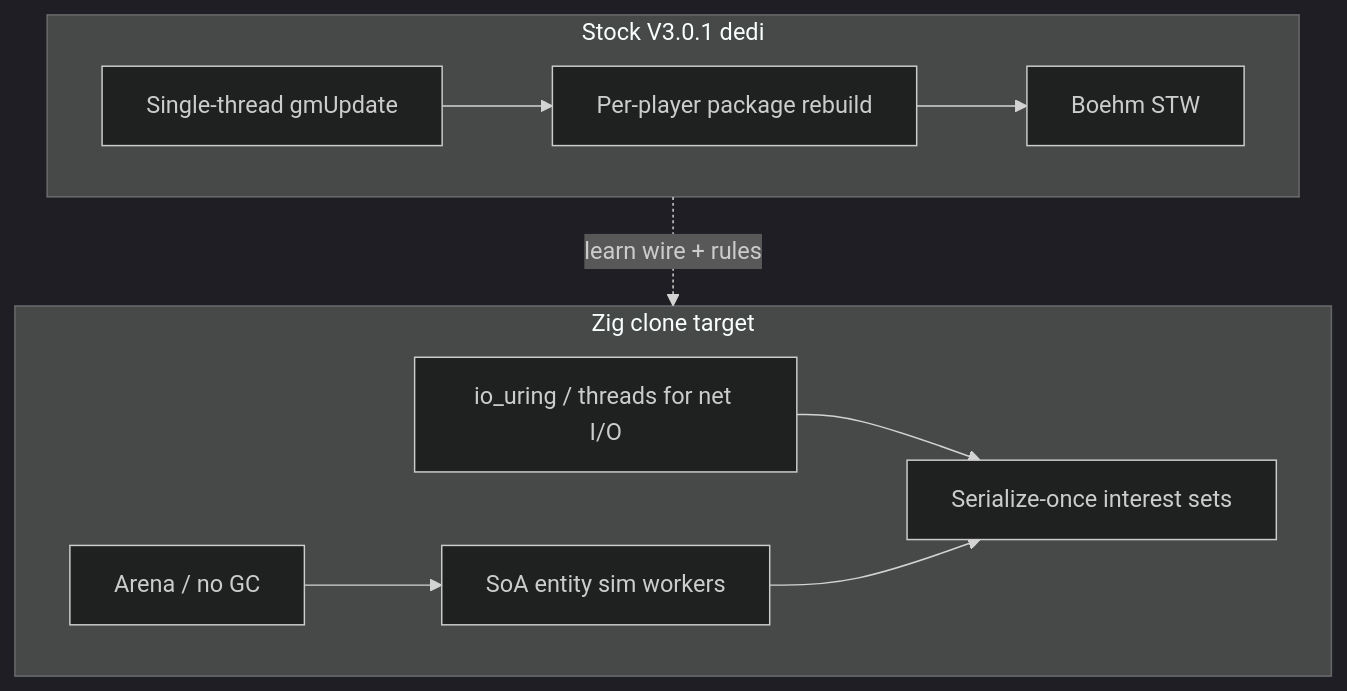
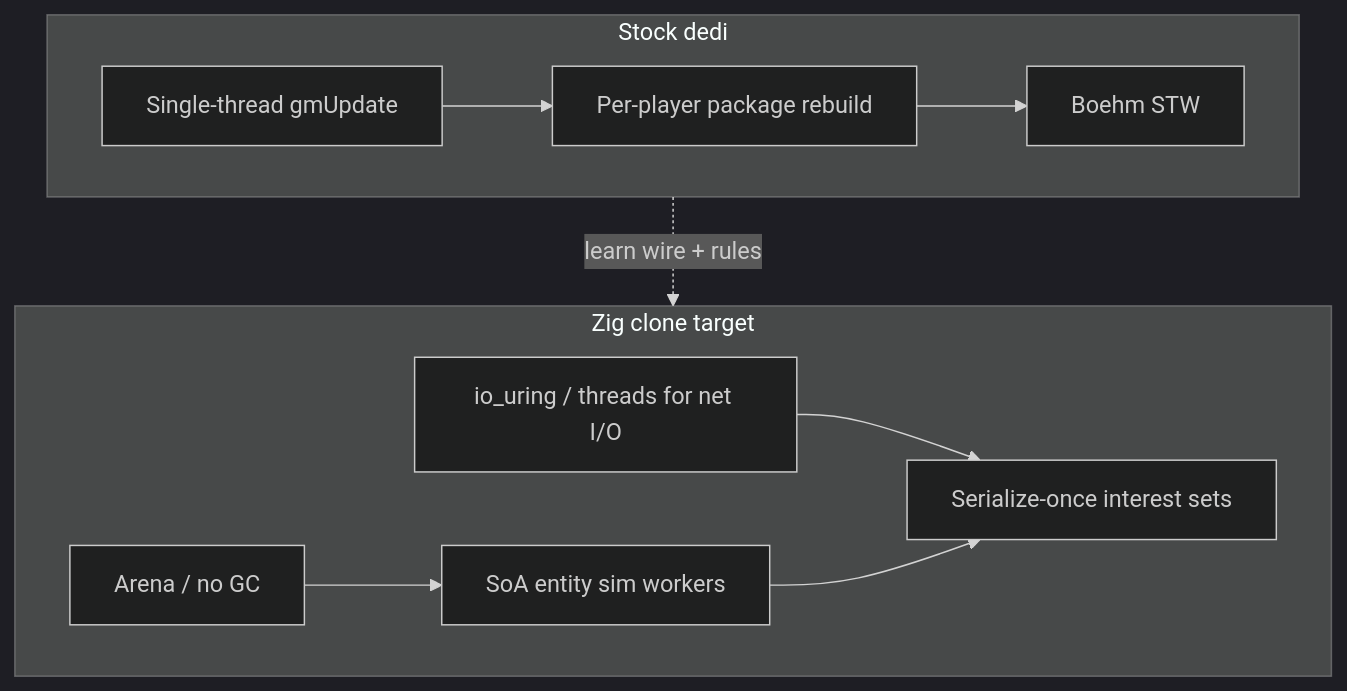
The first of 2 diagrams in docs/zig-clone.md (hordeforge/zdtd-server), drawn with Mermaid (dark theme) before and after one commit. The commit also changed other lines of this file and 13 other files, not shown here.

````diff
--- a/docs/zig-clone.md
+++ b/docs/zig-clone.md
@@ -52,19 +57,19 @@
 ```mermaid
 flowchart TB
-  subgraph stock["Stock V3.0.1 dedi"]
+  subgraph stock["Stock dedi"]
     ST[Single-thread gmUpdate]
     NET[Per-player package rebuild]
     GC[Boehm STW]
     ST --> NET --> GC
   end
   subgraph zig["Zig clone target"]
     IO[io_uring / threads for net I/O]
     SIM[SoA entity sim workers]
     BCAST[Serialize-once interest sets]
     ARENA[Arena / no GC]
     IO --> BCAST
     SIM --> BCAST
     ARENA --> SIM
   end
   stock -.->|learn wire + rules| zig
 ```
````
